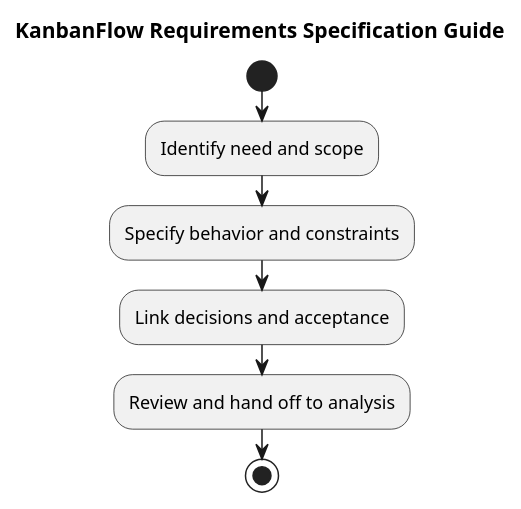
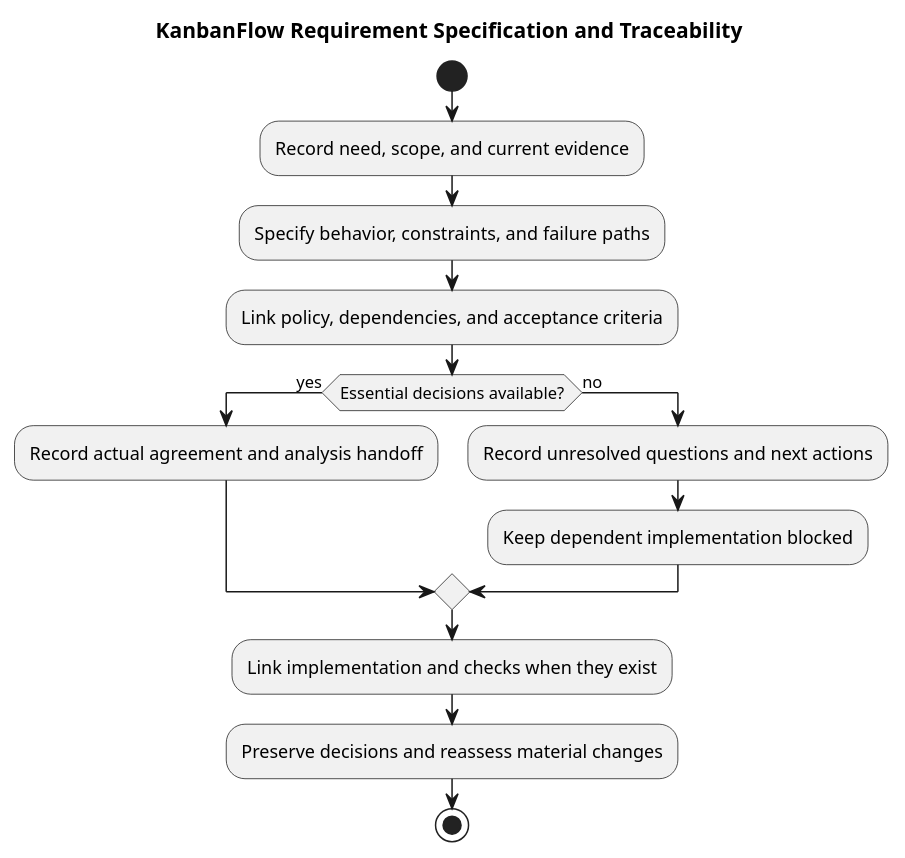
The diagram in docs/SDLC/02-requirements/requirements.md (Farhad-Valizadegan/Web-KanbanFlow), drawn with PlantUML before and after one commit. The commit also changed other lines of this file and 2 other files, not shown here.

Commit message:
docs: complete requirements specification and traceability guide

````diff
--- a/docs/SDLC/02-requirements/requirements.md
+++ b/docs/SDLC/02-requirements/requirements.md
@@ -56,11 +138,18 @@
 ```plantuml
 @startuml
-title KanbanFlow Requirements Specification Guide
+title KanbanFlow Requirement Specification and Traceability
 start
-:Identify need and scope;
-:Specify behavior and constraints;
-:Link decisions and acceptance;
-:Review and hand off to analysis;
+:Record need, scope, and current evidence;
+:Specify behavior, constraints, and failure paths;
+:Link policy, dependencies, and acceptance criteria;
+if (Essential decisions available?) then (yes)
+ :Record actual agreement and analysis handoff;
+else (no)
+ :Record unresolved questions and next actions;
+ :Keep dependent implementation blocked;
+endif
+:Link implementation and checks when they exist;
+:Preserve decisions and reassess material changes;
 stop
 @enduml
 ```
````
